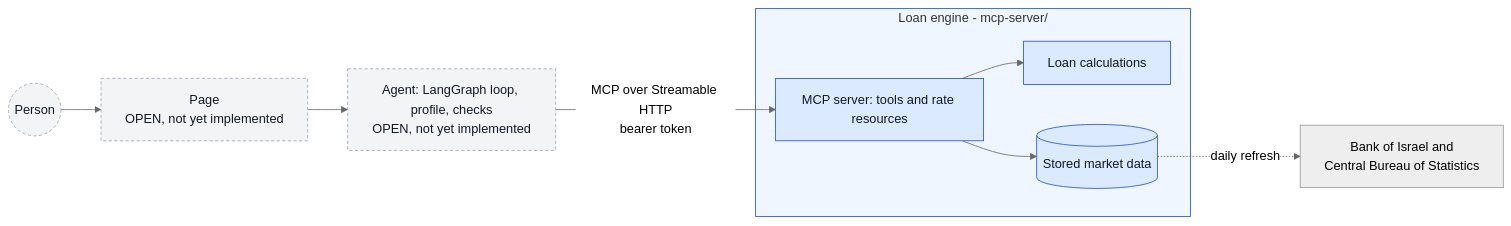
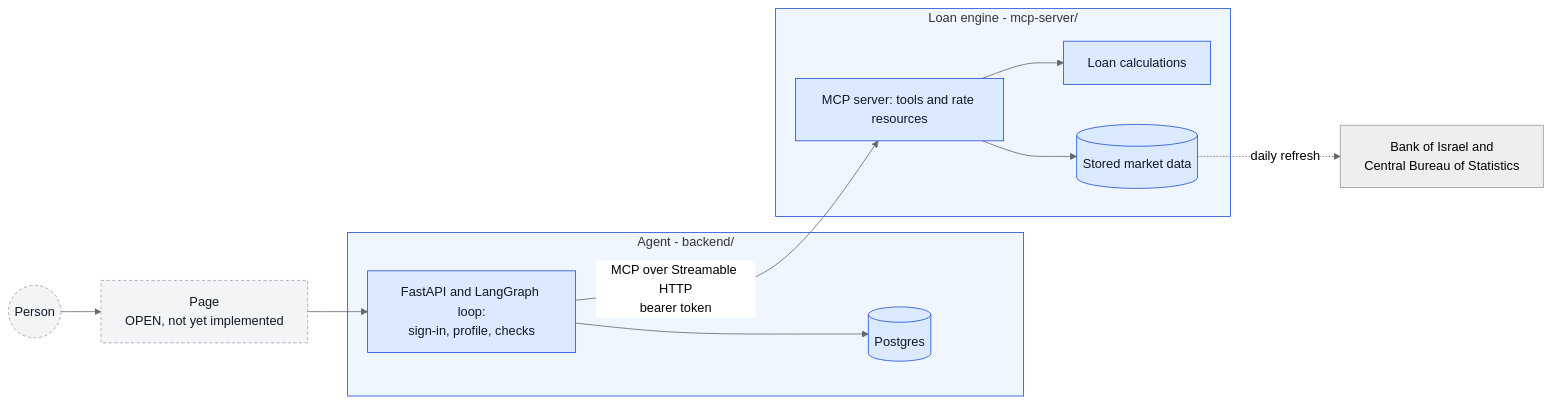
Before and after one commit to erancha/loan-simulator: the diagram in README.md, drawn with Mermaid (neutral theme). The commit also changed other lines of this file and 94 other files, not shown here.

First line of the commit message:
Run a Hebrew loan-planning agent whose every figure and recommendation comes from the engine

````diff
--- a/README.md
+++ b/README.md
@@ -20,16 +19,20 @@
 ```mermaid
 flowchart LR
   U((Person)) --> P["Page<br/>OPEN, not yet implemented"]
-  P --> A["Agent: LangGraph loop, profile, checks<br/>OPEN, not yet implemented"]
+  P --> A
+  subgraph AGENT[Agent - backend/]
+    A["FastAPI and LangGraph loop:<br/>sign-in, profile, checks"] --> DB[(Postgres)]
+  end
   A -->|MCP over Streamable HTTP<br/>bearer token| E
   subgraph ENGINE[Loan engine - mcp-server/]
     E["MCP server: tools and rate resources"] --> D[Loan calculations]
     E --> M[(Stored market data)]
   end
   M -.->|daily refresh| S["Bank of Israel and<br/>Central Bureau of Statistics"]
   classDef open fill:#f3f4f6,stroke:#9ca3af,color:#111827,stroke-dasharray: 4 3
   classDef done fill:#dbeafe,stroke:#1d4ed8,color:#111827
-  class P,A,U open
-  class E,D,M done
+  class P,U open
+  class A,DB,E,D,M done
+  style AGENT fill:#eff6ff,stroke:#1d4ed8
   style ENGINE fill:#eff6ff,stroke:#1d4ed8
 ```
````
